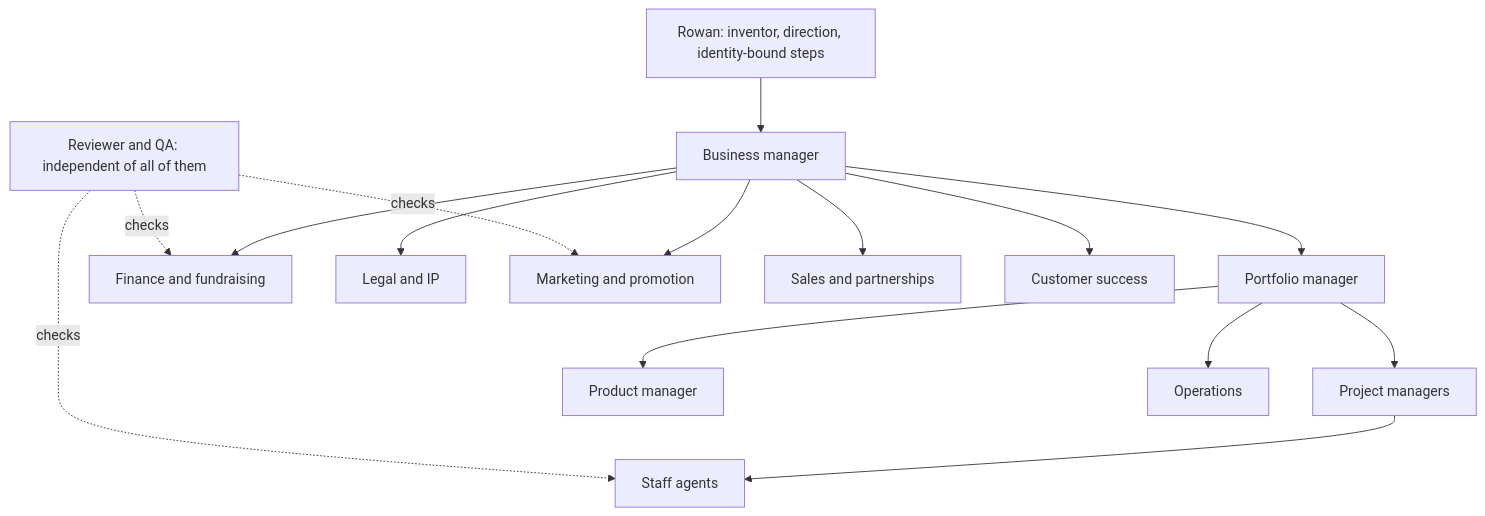
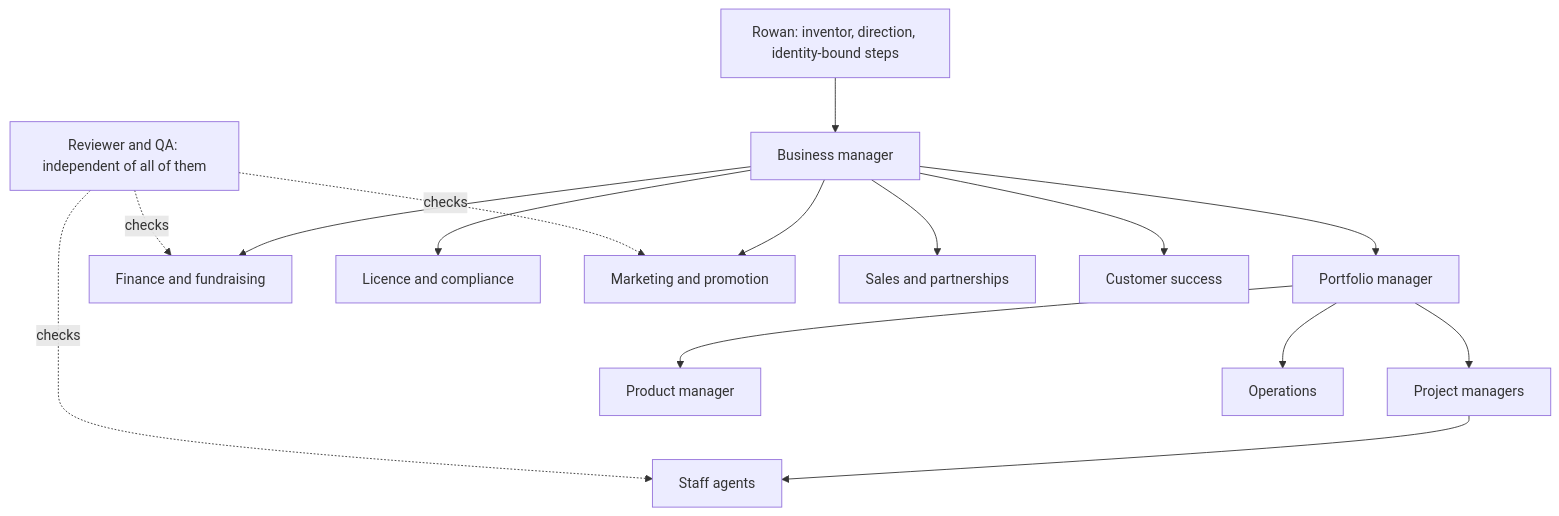
One commit to ultrastable/ultrastable changed the diagram in business/plan/01-management-roster.md. Above: the diagram before and after it, drawn with Mermaid. The commit also changed other lines of this file and 70 other files, not shown here.

````diff
--- a/business/plan/01-management-roster.md
+++ b/business/plan/01-management-roster.md
@@ -5,17 +5,17 @@
 ```mermaid
 flowchart TD
   R[Rowan: inventor, direction, identity-bound steps] --> B[Business manager]
   B --> P[Portfolio manager]
   B --> F[Finance and fundraising]
-  B --> L[Legal and IP]
+  B --> L[Licence and compliance]
   B --> M[Marketing and promotion]
   B --> S[Sales and partnerships]
   B --> C[Customer success]
   P --> PJ[Project managers]
   P --> PD[Product manager]
   P --> O[Operations]
   PJ --> ST[Staff agents]
   Q[Reviewer and QA: independent of all of them] -.checks.-> ST
   Q -.checks.-> M
   Q -.checks.-> F
 ```
````
